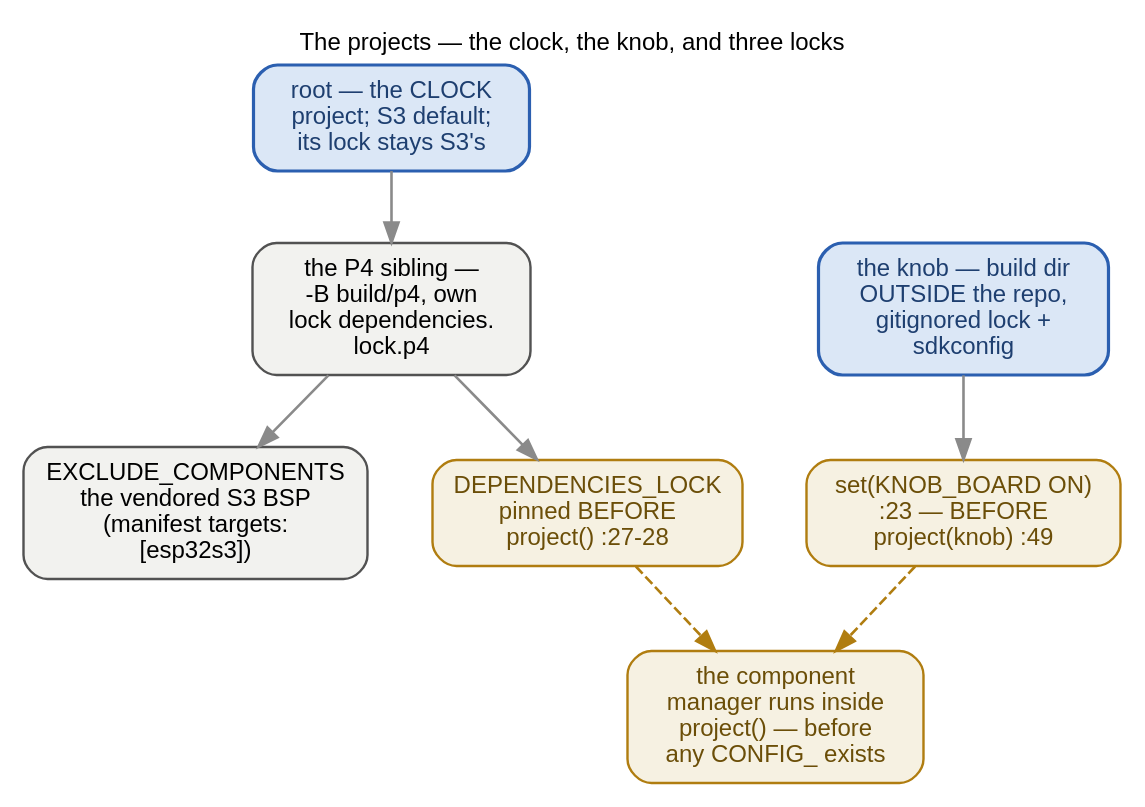
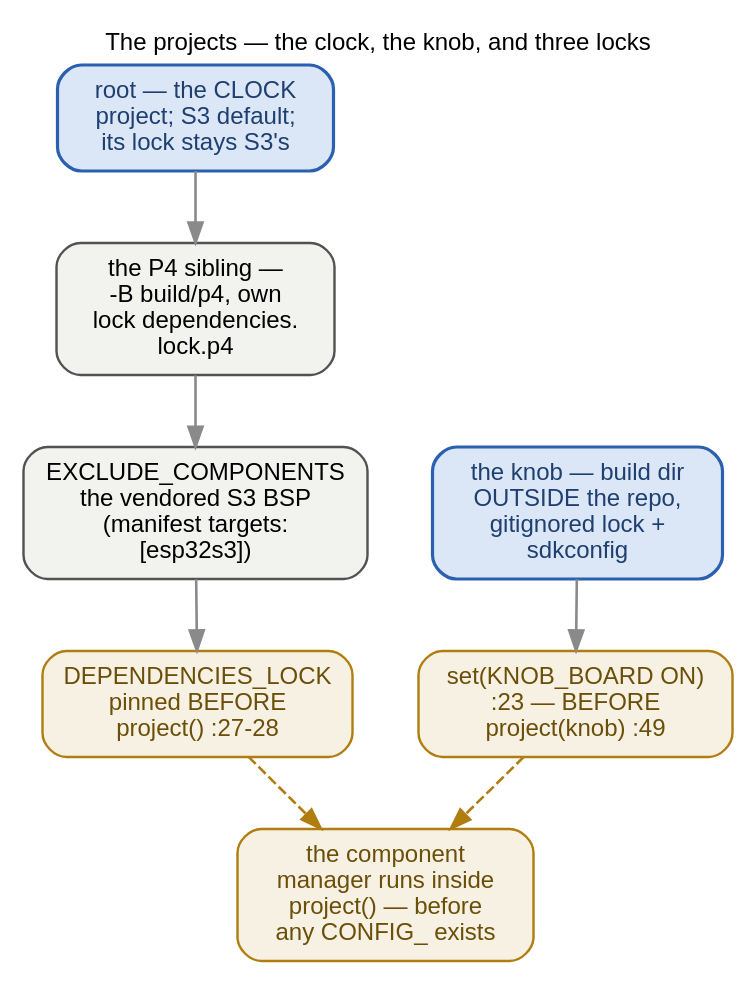
One commit to ukos-git/moon-clock-esp changed the diagram in docs/_graphs/build-seam-projects.dot. Above: the diagram before and after it, drawn with Graphviz. The commit also changed 2 other files, not shown here.

```diff
--- a/docs/_graphs/build-seam-projects.dot
+++ b/docs/_graphs/build-seam-projects.dot
@@ -1,54 +1,54 @@
 // The three projects, opened (verified before drawing):
 //   The root CMakeLists is the CLOCK project: S3 is the default
 //   target; the P4 is a sibling build (-D IDF_TARGET=esp32p4 -B
 //   build/p4) whose target block EXCLUDE_COMPONENTS the vendored S3
 //   BSP (manifest targets: [esp32s3]) 'out of the P4 build AND of the
 //   component manager's local-manifest list' (:16-21), and pins
 //   DEPENDENCIES_LOCK dependencies.lock.p4 BEFORE project() (:27-28,
 //   'which runs the component manager', :24-26); the tracked root
 //   dependencies.lock stays the S3's.
 //   knob/CMakeLists.txt is the SIBLING project (Waveshare
 //   ESP32-S3-Knob-Touch-LCD-1.8): own build dir (-C knob -B
 //   ../build/knob — OUTSIDE the repo), own gitignored lock
 //   dependencies.lock.knob (:47) and sdkconfig. set(KNOB_BOARD ON)
 //   sits at :23, BEFORE project(knob) (:49) — the file's own comment:
 //   'A PROJECT variable, not a CONFIG_ symbol: the component manager
 //   resolves requirements BEFORE Kconfig runs, and CONFIG_ variables
 //   are unset in that first pass' (:20-22).
 // The sealed version is build-seam.dot; the passes are
 // build-seam-passes.dot, the shims build-seam-shims.dot, the guards
 // build-seam-guards.dot.
 // FONTS: 12 pt = the page's 16 px body text at 1:1 — kept inside the
 // content column.
 // Rendered inline as SVG by sphinx.ext.graphviz (dot on PATH).
 digraph build_seam_projects {
     rankdir=TB;
     label="The projects — the clock, the knob, and three locks";
     labelloc="t"; labeljust="c";
     fontname="Helvetica"; fontsize=12;
     graph [nodesep=0.45, ranksep=0.5];
     node [fontname="Helvetica", fontsize=12, shape=box, style="rounded,filled",
           width=0, height=0, margin="0.16,0.10", fillcolor="#f2f2ef",
           color="#525252", penwidth=1.2];
     edge [fontname="Helvetica", fontsize=12, color="#8a8a8a", penwidth=1.3];
 
     rootp [label="root — the CLOCK\nproject; S3 default;\nits lock stays S3's",
            fillcolor="#dbe7f6", color="#2b5fb0", fontcolor="#1e3f70", penwidth=1.6];
     p4sib [label="the P4 sibling —\n-B build/p4, own\nlock dependencies.\nlock.p4"];
     excl [label="EXCLUDE_COMPONENTS\nthe vendored S3 BSP\n(manifest targets:\n[esp32s3])"];
     lockpin [label="DEPENDENCIES_LOCK\npinned BEFORE\nproject() :27-28",
              fillcolor="#f6f1e2", color="#b07d10", fontcolor="#6b4e08"];
     knobp [label="the knob — build dir\nOUTSIDE the repo,\ngitignored lock +\nsdkconfig",
            fillcolor="#dbe7f6", color="#2b5fb0", fontcolor="#1e3f70", penwidth=1.6];
     knb [label="set(KNOB_BOARD ON)\n:23 — BEFORE\nproject(knob) :49",
          fillcolor="#f6f1e2", color="#b07d10", fontcolor="#6b4e08"];
     mgr [label="the component\nmanager runs inside\nproject() — before\nany CONFIG_ exists",
          fillcolor="#f6f1e2", color="#b07d10", fontcolor="#6b4e08"];
 
     rootp -> p4sib;
     p4sib -> excl;
-    p4sib -> lockpin;
+    excl -> lockpin;
     lockpin -> mgr [style=dashed, color="#b07d10"];
     knobp -> knb;
     knb -> mgr [style=dashed, color="#b07d10"];
 }
```
